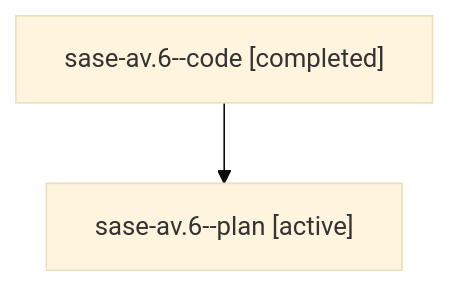
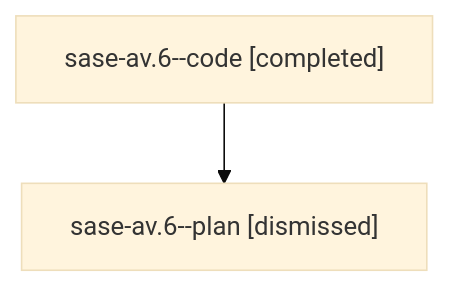
One commit to sase-org/sase--agents changed the diagram in sessions/bbugyi200.athena.sase-av.6.md. Above: the diagram before and after it, drawn with Mermaid (base theme). The commit also changed other lines of this file and 91 other files, not shown here.

````diff
--- a/sessions/bbugyi200.athena.sase-av.6.md
+++ b/sessions/bbugyi200.athena.sase-av.6.md
@@ -9,6 +9,6 @@
 ```mermaid
 flowchart TD
   n0["sase-av.6--code [completed]"]
-  n1["sase-av.6--plan [active]"]
+  n1["sase-av.6--plan [dismissed]"]
   n0 --> n1
 ```
````
